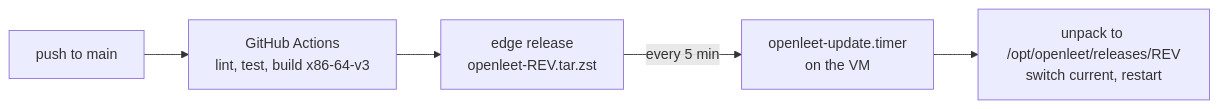
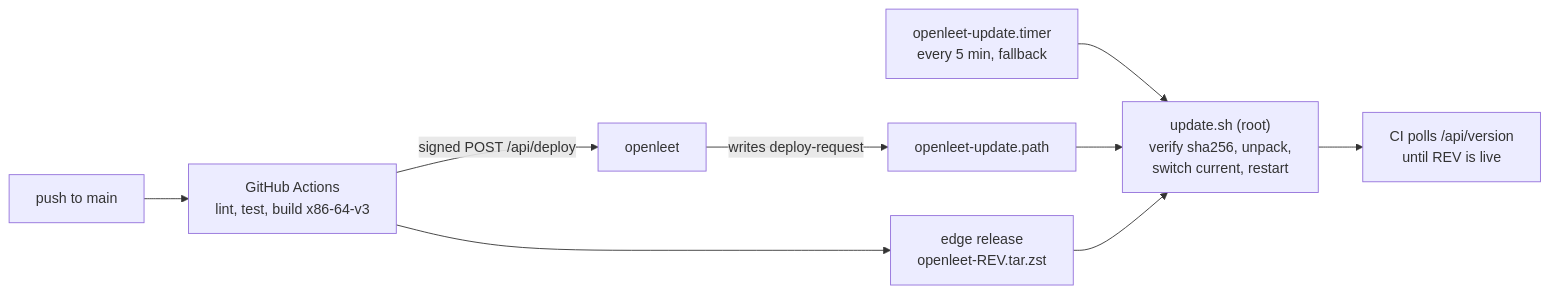
The fourth of 4 diagrams in README.md (nsudhanva/openleet), drawn with Mermaid before and after one commit. The commit also changed other lines of this file and 6 other files, not shown here.

First line of the commit message:
ci: deploy on every push to main, restart without dropping connections [skip ci]

````diff
--- a/README.md
+++ b/README.md
@@ -71,7 +71,11 @@
 ```mermaid
 flowchart LR
     P[push to main] --> CI["GitHub Actions<br/>lint, test, build x86-64-v3"]
     CI --> R["edge release<br/>openleet-REV.tar.zst"]
-    R -- every 5 min --> U["openleet-update.timer<br/>on the VM"]
-    U --> L["unpack to /opt/openleet/releases/REV<br/>switch current, restart"]
+    CI -- "signed POST /api/deploy" --> S[openleet]
+    S -- writes deploy-request --> PU[openleet-update.path]
+    T[openleet-update.timer<br/>every 5 min, fallback] --> U
+    PU --> U["update.sh (root)<br/>verify sha256, unpack,<br/>switch current, restart"]
+    R --> U
+    U --> V["CI polls /api/version<br/>until REV is live"]
 ```
````
